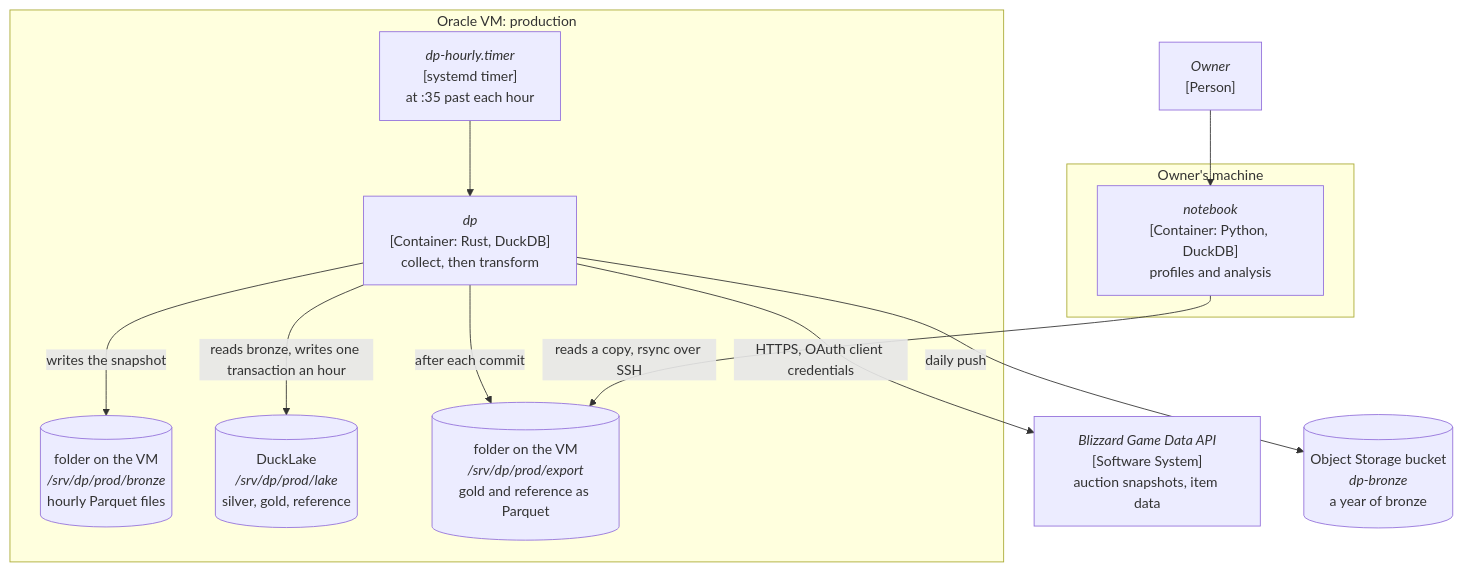
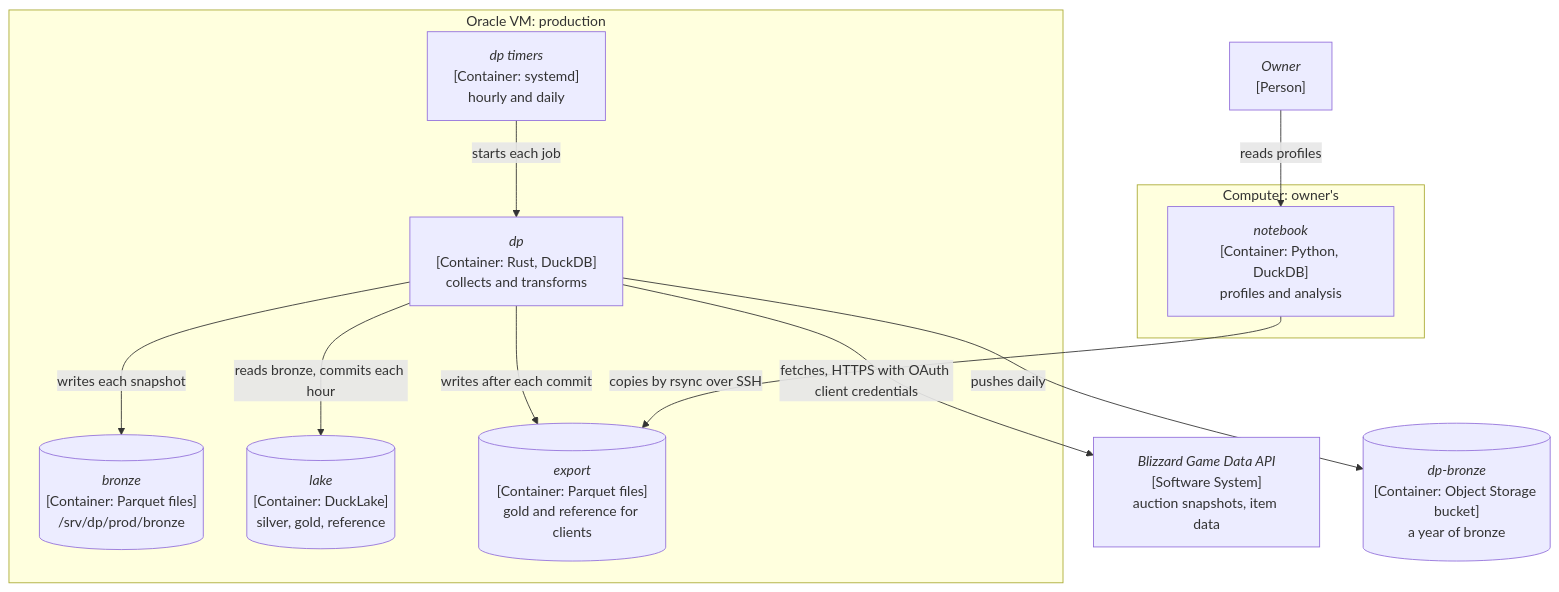
One commit to delphside/dark-portal changed the first of 2 diagrams in docs/5.1.1-architecture.md. Above: the diagram before and after it, drawn with Mermaid. The commit also changed other lines of this file and 9 other files, not shown here.

````diff
--- a/docs/5.1.1-architecture.md
+++ b/docs/5.1.1-architecture.md
@@ -25,24 +31,24 @@
 ```mermaid
 flowchart TB
     OWNER["<i>Owner</i><br>[Person]"]
     BLIZ["<i>Blizzard Game Data API</i><br>[Software System]<br>auction snapshots, item data"]
     subgraph VM["Oracle VM: production"]
-        TIMER["<i>dp-hourly.timer</i><br>[systemd timer]<br>at :35 past each hour"]
-        DP["<i>dp</i><br>[Container: Rust, DuckDB]<br>collect, then transform"]
-        BRONZE[("folder on the VM<br><i>/srv/dp/prod/bronze</i><br>hourly Parquet files")]
-        LAKE[("DuckLake<br><i>/srv/dp/prod/lake</i><br>silver, gold, reference")]
-        EXPORT[("folder on the VM<br><i>/srv/dp/prod/export</i><br>gold and reference as Parquet")]
+        TIMER["<i>dp timers</i><br>[Container: systemd]<br>hourly and daily"]
+        DP["<i>dp</i><br>[Container: Rust, DuckDB]<br>collects and transforms"]
+        BRONZE[("<i>bronze</i><br>[Container: Parquet files]<br>/srv/dp/prod/bronze")]
+        LAKE[("<i>lake</i><br>[Container: DuckLake]<br>silver, gold, reference")]
+        EXPORT[("<i>export</i><br>[Container: Parquet files]<br>gold and reference for clients")]
     end
-    BUCKET[("Object Storage bucket<br><i>dp-bronze</i><br>a year of bronze")]
-    subgraph PC["Owner's machine"]
+    BUCKET[("<i>dp-bronze</i><br>[Container: Object Storage bucket]<br>a year of bronze")]
+    subgraph PC["Computer: owner's"]
         NB["<i>notebook</i><br>[Container: Python, DuckDB]<br>profiles and analysis"]
     end
-    TIMER --> DP
-    DP -- "HTTPS, OAuth client credentials" --> BLIZ
-    DP -- "writes the snapshot" --> BRONZE
-    DP -- "reads bronze, writes one transaction an hour" --> LAKE
-    DP -- "daily push" --> BUCKET
-    DP -- "after each commit" --> EXPORT
-    OWNER --> NB
-    NB -- "reads a copy, rsync over SSH" --> EXPORT
+    TIMER -- "starts each job" --> DP
+    DP -- "fetches, HTTPS with OAuth client credentials" --> BLIZ
+    DP -- "writes each snapshot" --> BRONZE
+    DP -- "reads bronze, commits each hour" --> LAKE
+    DP -- "pushes daily" --> BUCKET
+    DP -- "writes after each commit" --> EXPORT
+    OWNER -- "reads profiles" --> NB
+    NB -- "copies by rsync over SSH" --> EXPORT
 ```
````
